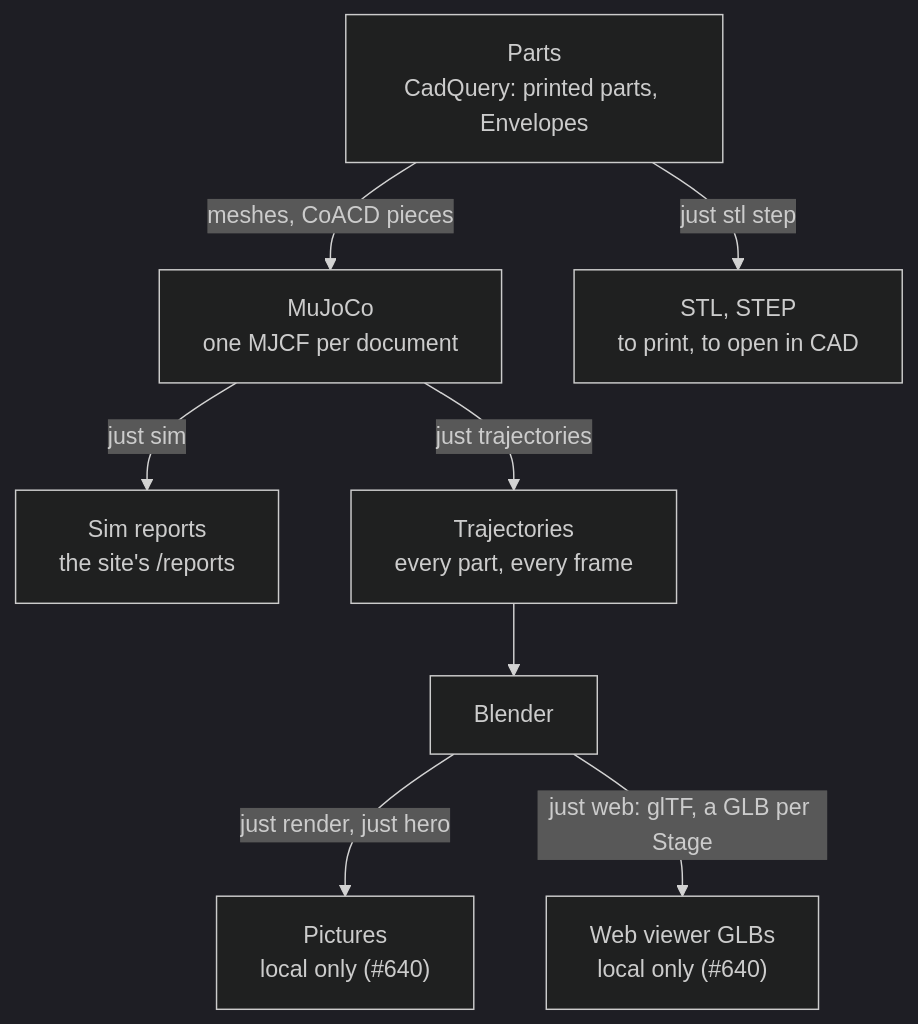
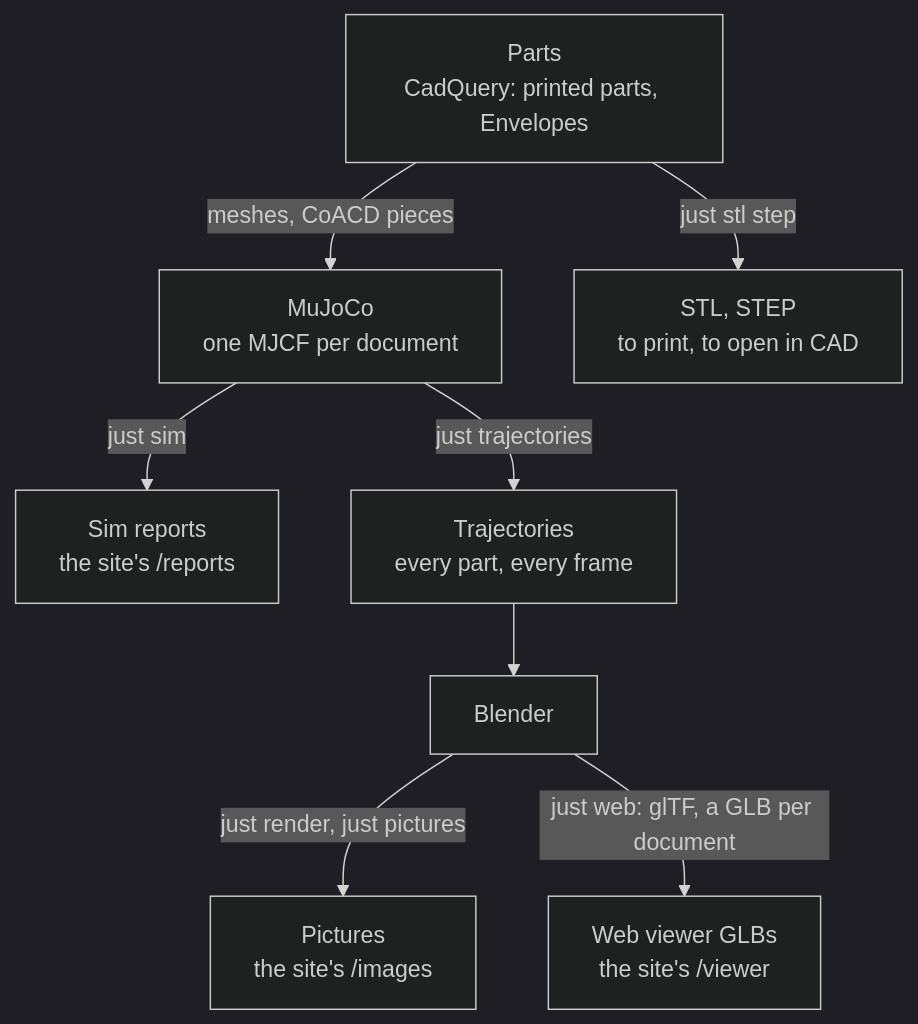
Before and after one commit to yellow-pine/noggin: the fourth of 4 diagrams in docs/how-it-works.md, drawn with Mermaid (dark theme). The commit also changed 113 other files, not shown here.

````diff
--- a/docs/how-it-works.md
+++ b/docs/how-it-works.md
@@ -87,17 +87,17 @@
 ```mermaid
 ---
 config:
   layout: dagre
   look: classic
 ---
 flowchart TB
     accTitle: The model's pipeline
-    accDescr: Our CadQuery parts and hardware Envelopes become MuJoCo models, one per document. MuJoCo writes the sim reports and plays each gesture into Trajectories, from which Blender renders the pictures and the web viewer's GLB per Stage. The parts also export as STL and STEP files.
+    accDescr: Our CadQuery parts and hardware Envelopes become MuJoCo models, one per document. MuJoCo writes the sim reports and plays each gesture into Trajectories, from which Blender renders the pictures and the web viewer's GLB per document. The parts also export as STL and STEP files.
     P["Parts<br/>CadQuery: printed parts, Envelopes"] -- "meshes, CoACD pieces" --> M["MuJoCo<br/>one MJCF per document"]
     P -- "just stl step" --> F["STL, STEP<br/>to print, to open in CAD"]
     M -- "just sim" --> R["Sim reports<br/>the site's /reports"]
     M -- "just trajectories" --> T["Trajectories<br/>every part, every frame"]
     T --> B["Blender"]
-    B -- "just render, just hero" --> I["Pictures<br/>local only (#640)"]
-    B -- "just web: glTF, a GLB per Stage" --> W["Web viewer GLBs<br/>local only (#640)"]
+    B -- "just render, just pictures" --> I["Pictures<br/>the site's /images"]
+    B -- "just web: glTF, a GLB per document" --> W["Web viewer GLBs<br/>the site's /viewer"]
 ```
````
